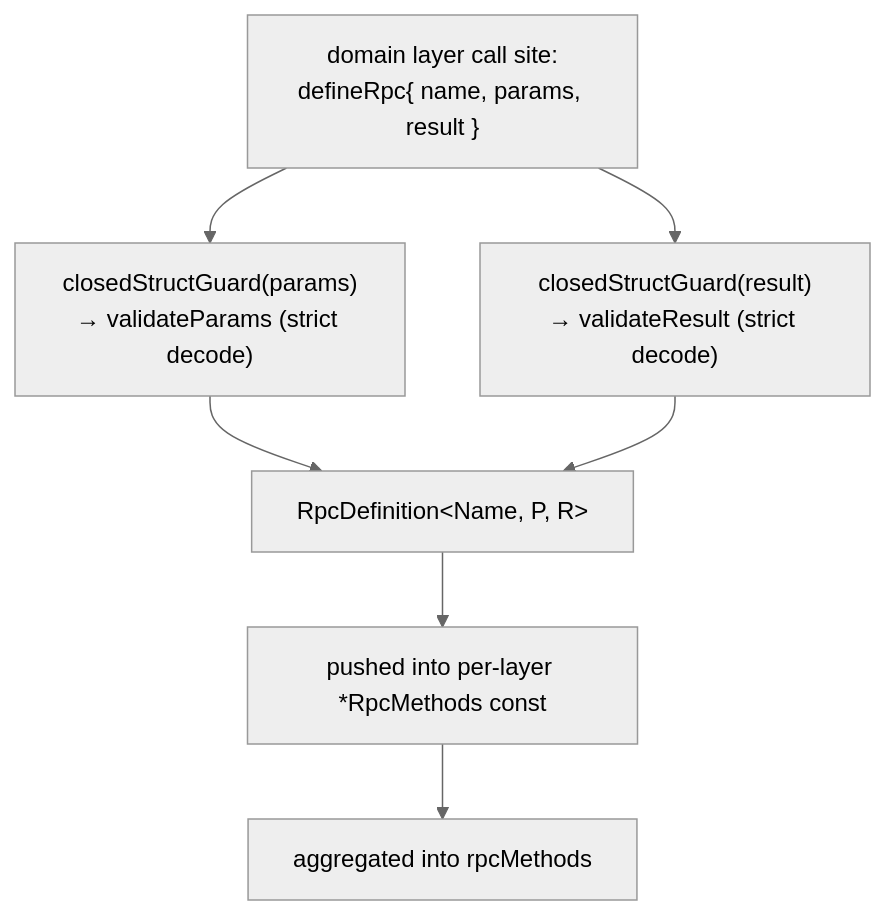
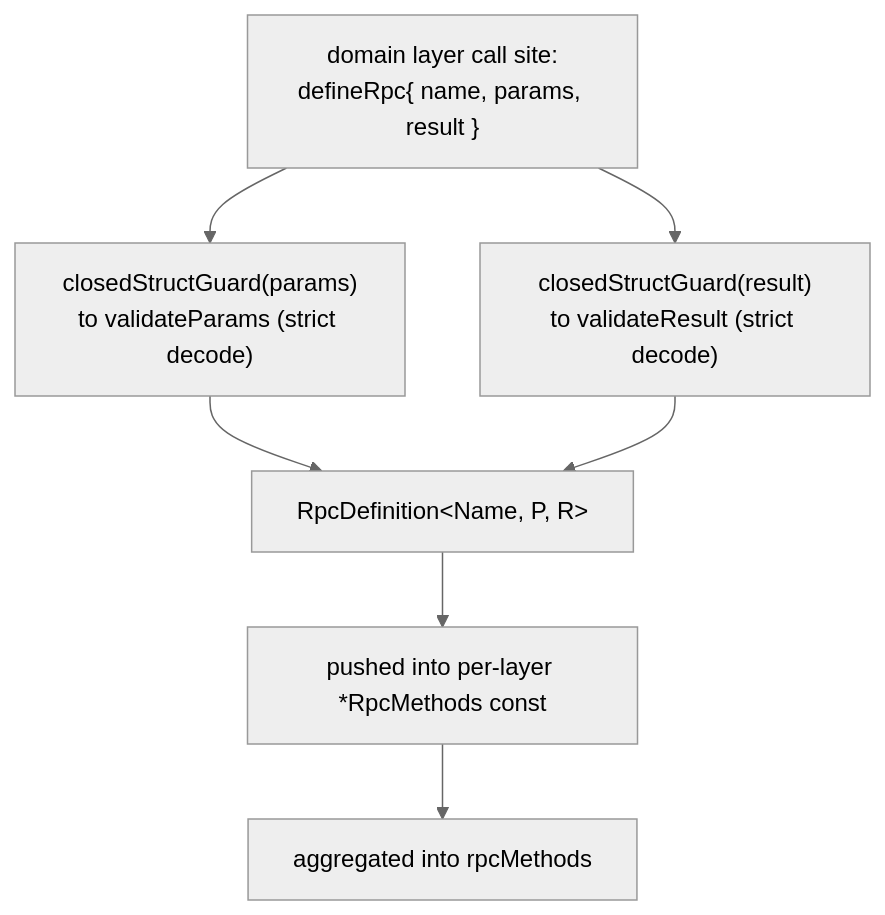
One commit to chughtapan/moltzap changed the first of 2 diagrams in docs/modules/protocol/transport.mdx. Above: the diagram before and after it, drawn with Mermaid (neutral theme). The commit also changed other lines of this file and 104 other files, not shown here.

````diff
--- a/docs/modules/protocol/transport.mdx
+++ b/docs/modules/protocol/transport.mdx
@@ -203,10 +203,10 @@
 ```mermaid
 flowchart TD
   A["domain layer call site:<br>defineRpc{ name, params, result }"]
-  A --> B["closedStructGuard(params)<br>→ validateParams (strict decode)"]
-  A --> C["closedStructGuard(result)<br>→ validateResult (strict decode)"]
+  A --> B["closedStructGuard(params)<br>to validateParams (strict decode)"]
+  A --> C["closedStructGuard(result)<br>to validateResult (strict decode)"]
   B --> D["RpcDefinition&lt;Name, P, R&gt;"]
   C --> D
   D --> E["pushed into per-layer *RpcMethods const"]
   E --> F["aggregated into rpcMethods"]
 ```
````
